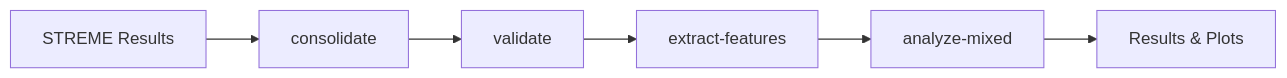
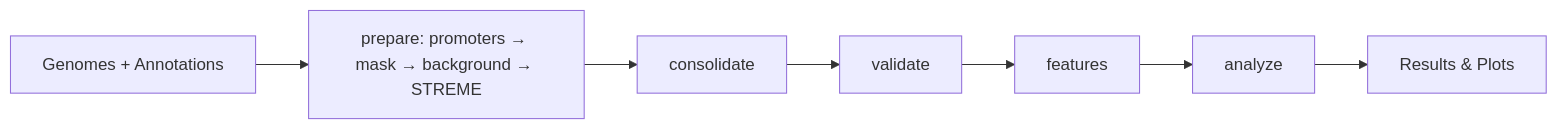
One commit to luismadrigal98/STREME_parser changed the diagram in docs/PROJECT_STRUCTURE.md. Above: the diagram before and after it, drawn with Mermaid. The commit also changed other lines of this file and 6 other files, not shown here.

````diff
--- a/docs/PROJECT_STRUCTURE.md
+++ b/docs/PROJECT_STRUCTURE.md
@@ -64,8 +70,9 @@
 ```mermaid
 graph LR
-    A[STREME Results] --> B[consolidate]
+    A[Genomes + Annotations] --> P[prepare: promoters → mask → background → STREME]
+    P --> B[consolidate]
     B --> C[validate]
-    C --> D[extract-features]
-    D --> E[analyze-mixed]
+    C --> D[features]
+    D --> E[analyze]
     E --> F[Results & Plots]
 ```
````
